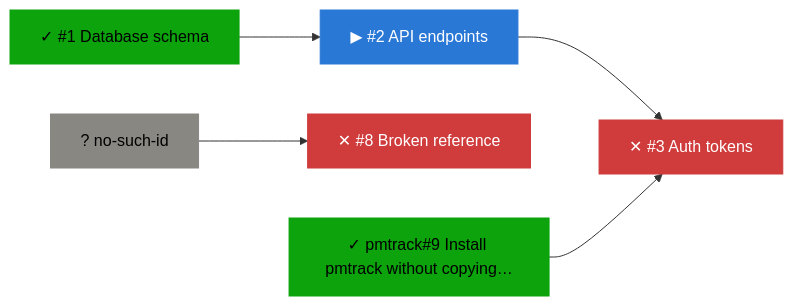
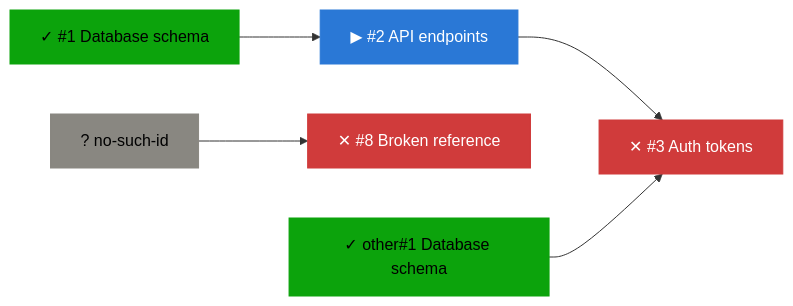
One commit to bvraghav/pm-dummy changed the second of 2 diagrams in progress/backend.md. Above: the diagram before and after it, drawn with Mermaid. The commit also changed other lines of this file and 2 other files, not shown here.

Commit message:
Depend across forges on the other copy of this project

````diff
--- a/progress/backend.md
+++ b/progress/backend.md
@@ -46,18 +46,18 @@
 ```mermaid
 flowchart LR
   n0["✓ #1 Database schema"]:::done
   n1["▶ #2 API endpoints"]:::active
   n2["✕ #3 Auth tokens"]:::blocked
   n3["✕ #8 Broken reference"]:::blocked
-  n4["✓ pmtrack#9 Install pmtrack without copying…"]:::done
+  n4["✓ other#1 Database schema"]:::done
   n0 --> n1
   n1 --> n2
   n4 --> n2
   n3_u0["? no-such-id"]:::unknown --> n3
   classDef done fill:#0ca30c,color:#000,stroke:#0ca30c
   classDef active fill:#2a78d6,color:#fff,stroke:#2a78d6
   classDef ready fill:#eda100,color:#000,stroke:#eda100
   classDef blocked fill:#d03b3b,color:#fff,stroke:#d03b3b
   classDef unknown fill:#898781,color:#000,stroke:#898781
   classDef dropped fill:#898781,color:#000,stroke:#898781
 ```
````
